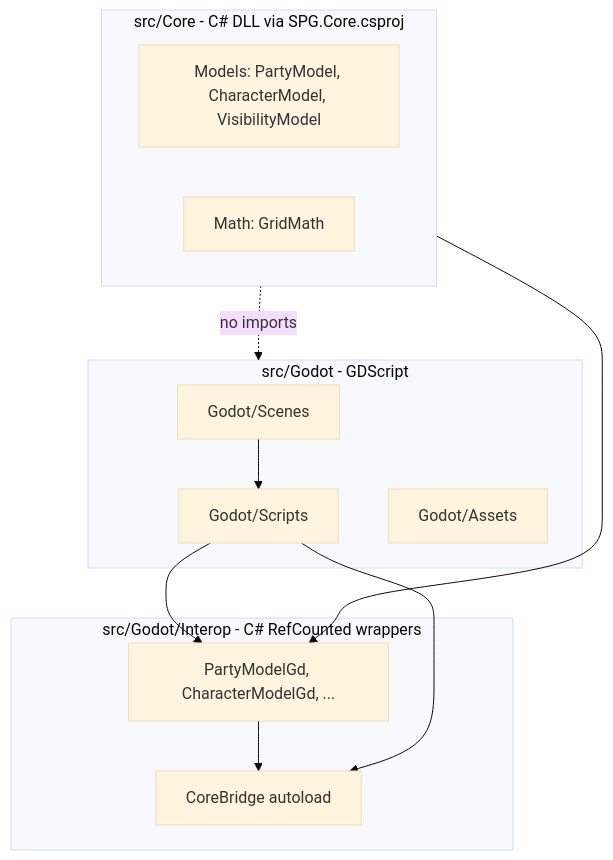
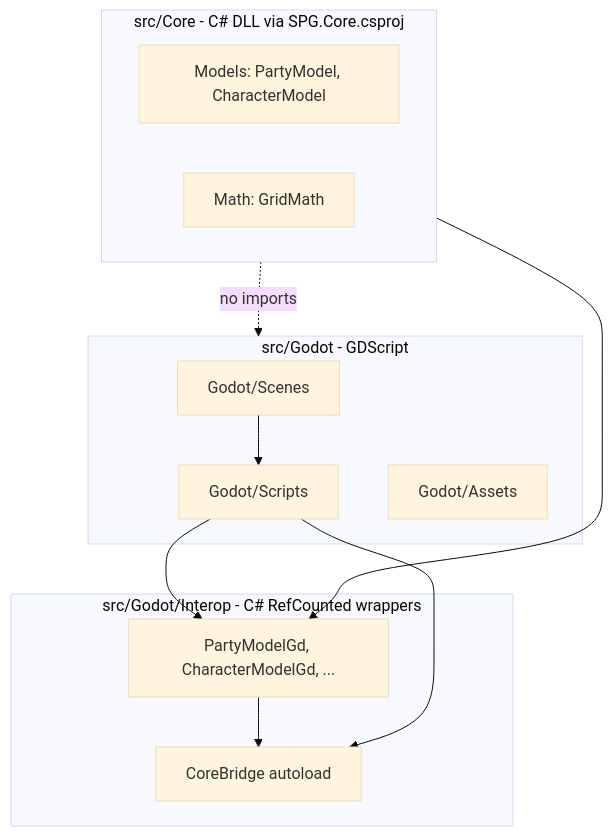
The diagram in .cursor/rules/architecture.md (kurtzilla/SPG), drawn with Mermaid (base theme) before and after one commit. The commit also changed other lines of this file and 59 other files, not shown here.

````diff
--- a/.cursor/rules/architecture.md
+++ b/.cursor/rules/architecture.md
@@ -22,22 +22,22 @@
 ```mermaid
 flowchart TB
   subgraph core [src/Core - C# DLL via SPG.Core.csproj]
-    Models[Models: PartyModel, CharacterModel, VisibilityModel]
+    Models[Models: PartyModel, CharacterModel]
     Math[Math: GridMath]
   end
   subgraph interop [src/Godot/Interop - C# RefCounted wrappers]
     CoreBridge[CoreBridge autoload]
     Wrappers[PartyModelGd, CharacterModelGd, ...]
   end
   subgraph godot [src/Godot - GDScript]
     Scenes[Godot/Scenes]
     Scripts[Godot/Scripts]
     Assets[Godot/Assets]
   end
   core --> Wrappers
   Wrappers --> CoreBridge
   Scripts --> CoreBridge
   Scripts --> Wrappers
   Scenes --> Scripts
   core -.->|"no imports"| godot
 ```
````
